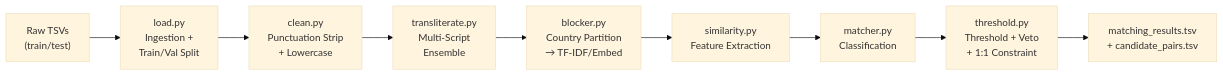
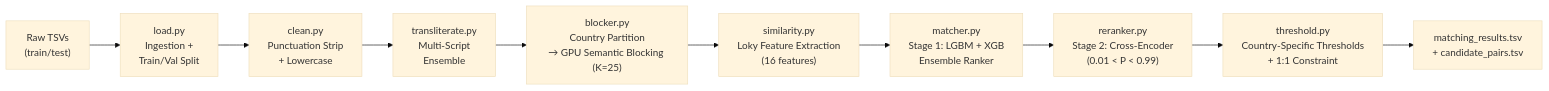
Before and after one commit to attharvkjain/amazon-ml-challenge-2026: the first of 3 diagrams in context/architecture.md, drawn with Mermaid (base theme). The commit also changed other lines of this file and 36 other files, not shown here.

Commit message:
V4 Pure Ensemble Architecture: Bypassed Reranker for 0.8878 CV. Rewrote Threshold Tuner. Upgraded Caching.

````diff
--- a/context/architecture.md
+++ b/context/architecture.md
@@ -137,11 +137,12 @@
 ```mermaid
 flowchart LR
     A["Raw TSVs\n(train/test)"] --> B["load.py\nIngestion +\nTrain/Val Split"]
     B --> C["clean.py\nPunctuation Strip\n+ Lowercase"]
     C --> D["transliterate.py\nMulti-Script\nEnsemble"]
-    D --> E["blocker.py\nCountry Partition\n→ TF-IDF/Embed"]
-    E --> F["similarity.py\nFeature Extraction"]
-    F --> G["matcher.py\nClassification"]
-    G --> H["threshold.py\nThreshold + Veto\n+ 1:1 Constraint"]
+    D --> E["blocker.py\nCountry Partition\n→ GPU Semantic Blocking (K=25)"]
+    E --> F["similarity.py\nLoky Feature Extraction\n(16 features)"]
+    F --> G["matcher.py\nStage 1: LGBM + XGB\nEnsemble Ranker"]
+    G --> R["reranker.py\nStage 2: Cross-Encoder\n(0.01 < P < 0.99)"]
+    R --> H["threshold.py\nCountry-Specific Thresholds\n+ 1:1 Constraint"]
     H --> I["matching_results.tsv\n+ candidate_pairs.tsv"]
 ```
````
